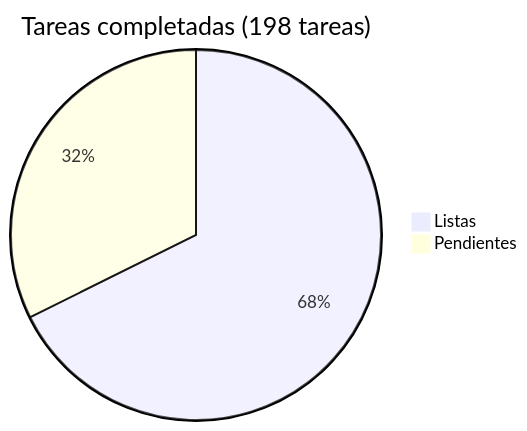
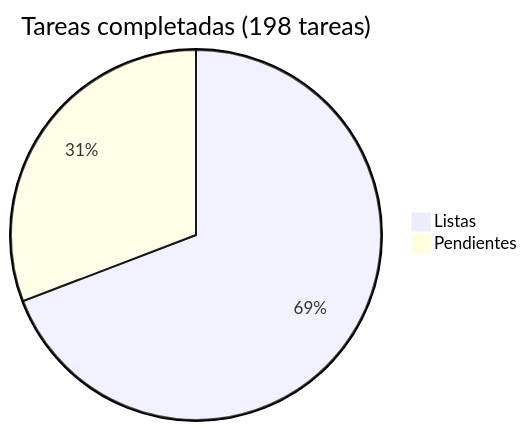
One commit to araguaney-lat/araguaney changed the diagram in docs/roadmap/README.md. Above: the diagram before and after it, drawn with Mermaid. The commit also changed other lines of this file and 19 other files, not shown here.

First line of the commit message:
feat: tasks 6, 8, 34 — promote endpoint, intake validation, StatusTimeline in dashboard

````diff
--- a/docs/roadmap/README.md
+++ b/docs/roadmap/README.md
@@ -5,5 +5,5 @@
 ```mermaid
 pie title Tareas completadas (198 tareas)
-    "Listas" : 134
-    "Pendientes" : 64
+    "Listas" : 137
+    "Pendientes" : 61
 ```
````
